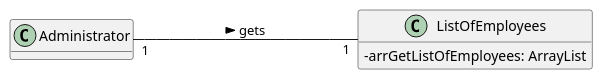
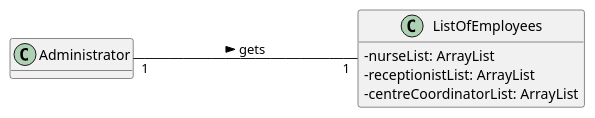
The diagram in docs/SprintB/US011/US011_MD.puml (Pirussa/lei-22-s2-1da-g02), drawn with PlantUML before and after one commit. The commit also changed 5 other files, not shown here.

Commit message:
US011 - Class Diagram and Domain Model updated. Small changes on implementation.

```diff
--- a/docs/SprintB/US011/US011_MD.puml
+++ b/docs/SprintB/US011/US011_MD.puml
@@ -1,14 +1,16 @@
 @startuml
 
 hide methods
 left to right direction
 skinparam classAttributeIconSize 0
 
 class Administrator
 class ListOfEmployees {
--arrGetListOfEmployees: ArrayList
+-nurseList: ArrayList
+-receptionistList: ArrayList
+-centreCoordinatorList: ArrayList
 }
 
 Administrator "1" ---- "1" ListOfEmployees : gets >
 
 @enduml
```
